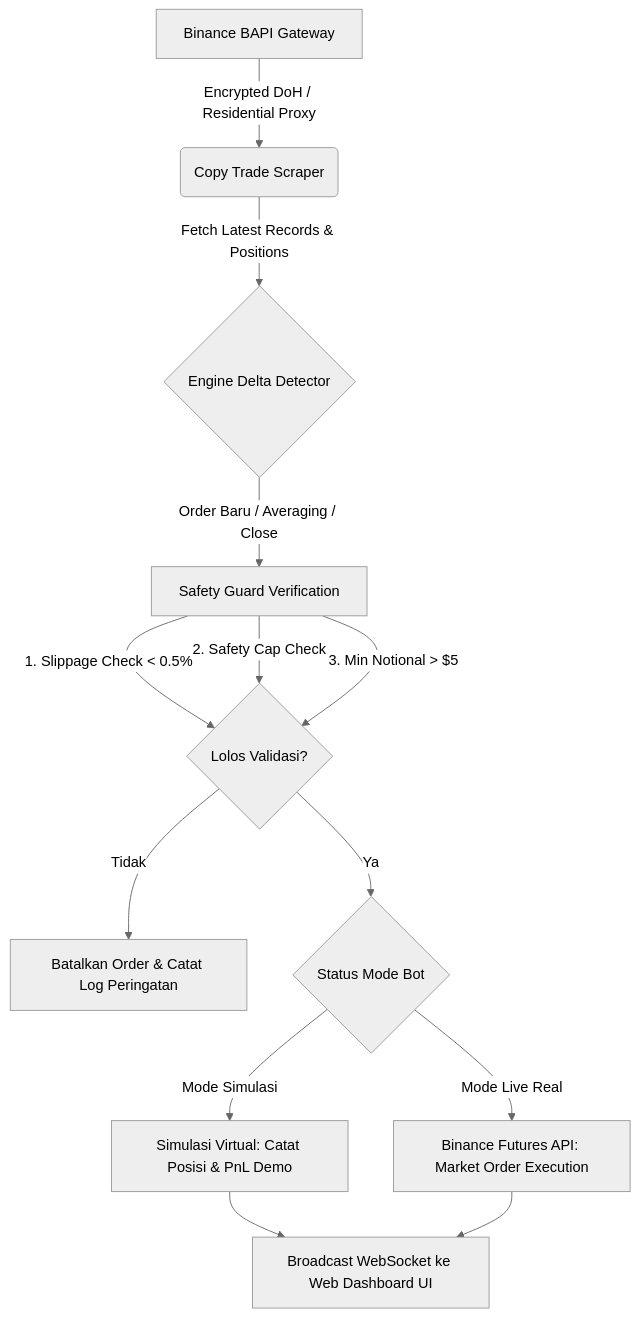
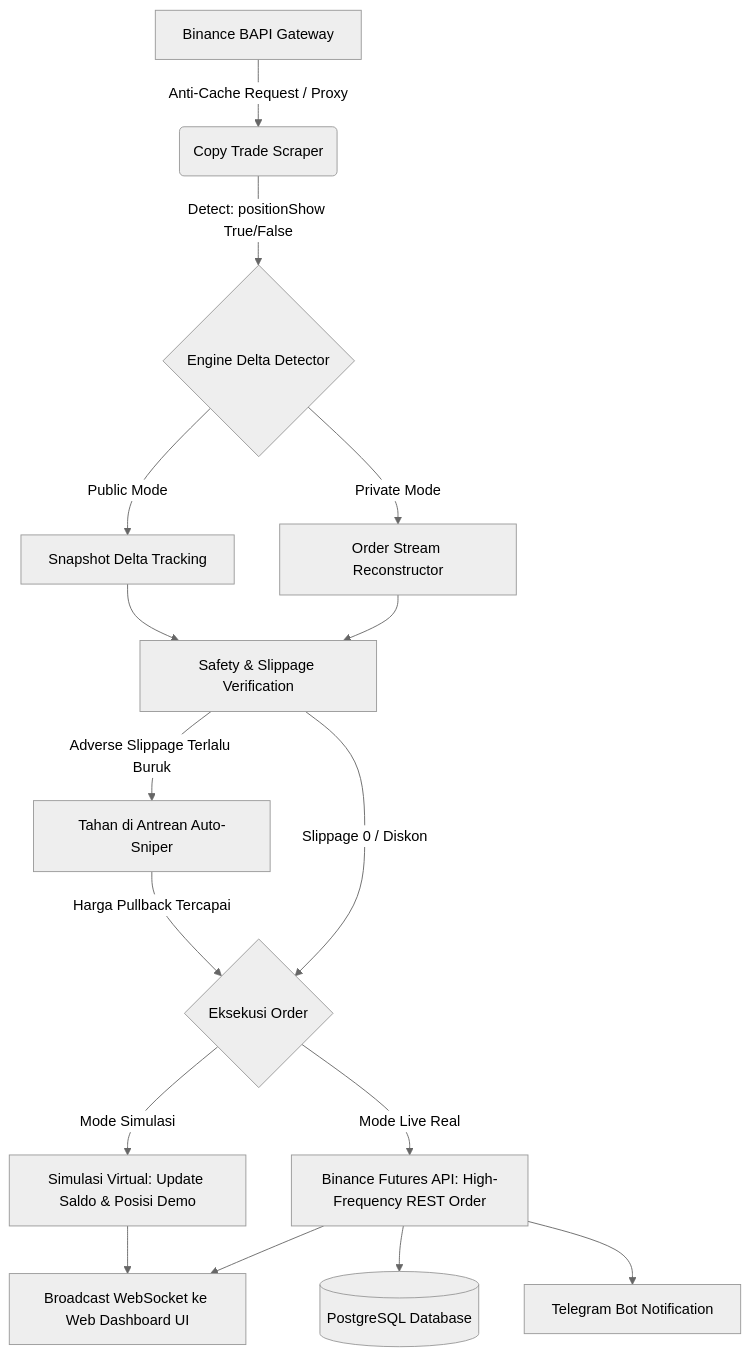
Before and after one commit to zamagi17/copy-trading: the diagram in README.md, drawn with Mermaid (neutral theme). The commit also changed other lines of this file and 3 other files, not shown here.

Commit message:
feat: zero-slippage auto-sniper, hedge mode support, postgresql persistence, and telegram margin alerts

````diff
--- a/README.md
+++ b/README.md
@@ -54,19 +66,23 @@
 ```mermaid
 flowchart TD
-    A[Binance BAPI Gateway] -->|Encrypted DoH / Residential Proxy| B(Copy Trade Scraper)
-    B -->|Fetch Latest Records & Positions| C{Engine Delta Detector}
+    A[Binance BAPI Gateway] -->|Anti-Cache Request / Proxy| B(Copy Trade Scraper)
+    B -->|Detect: positionShow True/False| C{Engine Delta Detector}
     
-    C -->|Order Baru / Averaging / Close| D[Safety Guard Verification]
-    D -->|1. Slippage Check < 0.5%| E{Lolos Validasi?}
-    D -->|2. Safety Cap Check| E
-    D -->|3. Min Notional > $5| E
+    C -->|Public Mode| D1[Snapshot Delta Tracking]
+    C -->|Private Mode| D2[Order Stream Reconstructor]
     
-    E -- Tidak --> F[Batalkan Order & Catat Log Peringatan]
-    E -- Ya --> G{Status Mode Bot}
+    D1 --> E[Safety & Slippage Verification]
+    D2 --> E
     
-    G -- Mode Simulasi --> H[Simulasi Virtual: Catat Posisi & PnL Demo]
-    G -- Mode Live Real --> I[Binance Futures API: Market Order Execution]
+    E -->|Adverse Slippage Terlalu Buruk| F[Tahan di Antrean Auto-Sniper]
+    F -->|Harga Pullback Tercapai| G{Eksekusi Order}
+    E -->|Slippage 0 / Diskon| G
+    
+    G -- Mode Simulasi --> H[Simulasi Virtual: Update Saldo & Posisi Demo]
+    G -- Mode Live Real --> I[Binance Futures API: High-Frequency REST Order]
     
     H --> J[Broadcast WebSocket ke Web Dashboard UI]
     I --> J
+    I --> K[(PostgreSQL Database)]
+    I --> L[Telegram Bot Notification]
 ```
````
